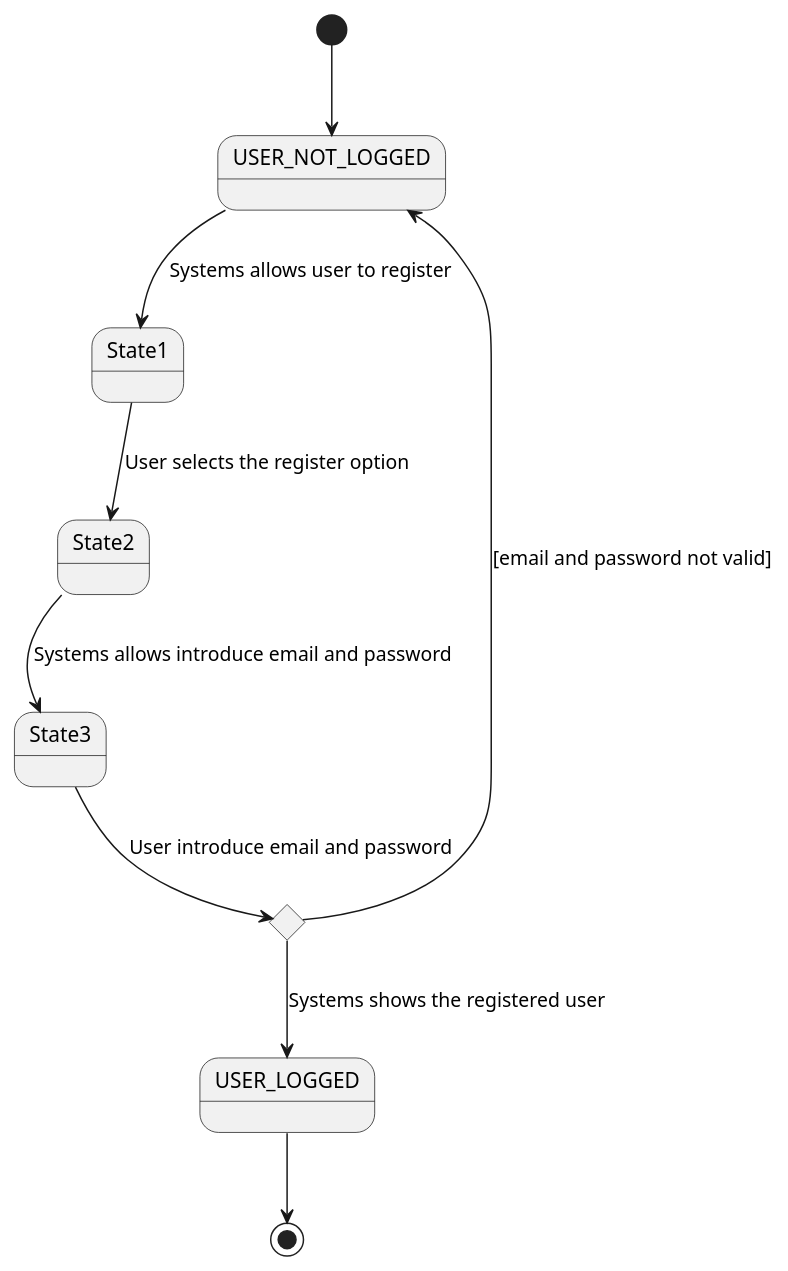
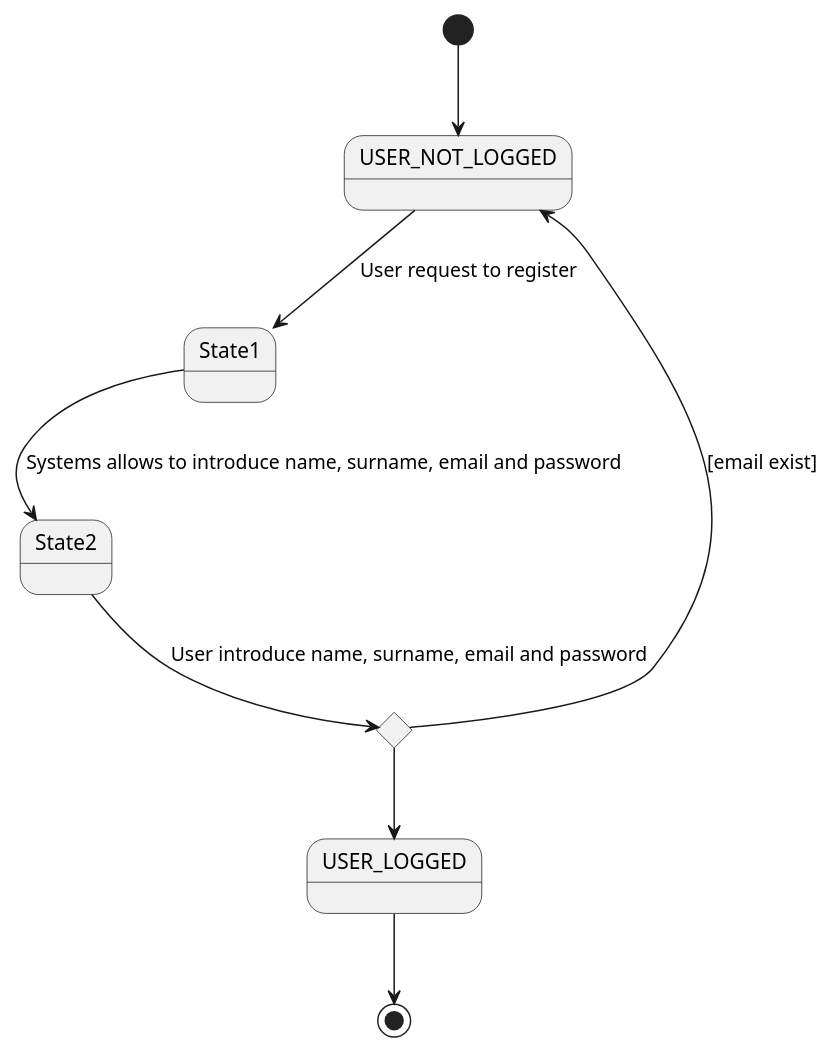
One commit to nataliacasanova/analesdelaciencia changed the sixth of 7 diagrams in index.adoc. Above: the diagram before and after it, drawn with PlantUML. The commit also changed other lines of this file and 33 other files, not shown here.

```diff
--- a/index.adoc
+++ b/index.adoc
@@ -195,17 +198,17 @@
 [plantuml, registerUseCase, svg]
 ....
 
 [*] --> USER_NOT_LOGGED
-USER_NOT_LOGGED -down-> State1 : Systems allows user to register
-State1 --> State2 : User selects the register option
-State2 --> State3 : Systems allows introduce email and password
+USER_NOT_LOGGED -down-> State1 : User request to register 
+State1 --> State2 : Systems allows to introduce name, surname, email and password
+
 
 state c <<choice>>
 
-State3 --> c : User introduce email and password
-c --> USER_NOT_LOGGED : [email and password not valid]
-c --> USER_LOGGED : Systems shows the registered user
+State2 --> c : User introduce name, surname, email and password
+c -up-> USER_NOT_LOGGED : [email exist]
+c --> USER_LOGGED 
 USER_LOGGED --> [*]
 
 
 ....
```
